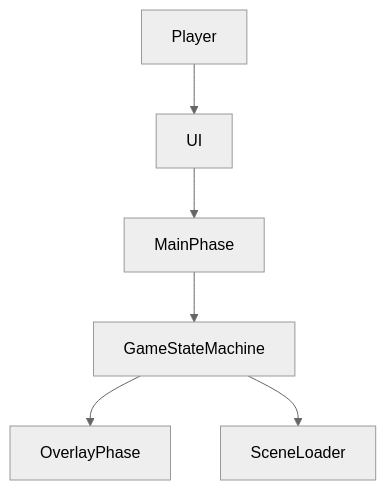
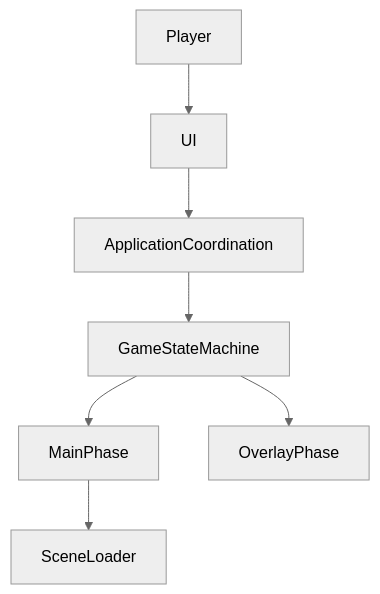
Before and after one commit to chainsawlad-Org/ChainSaw_Leg: the second of 8 diagrams in Docs/Eng/ArchitectureAtlas/13_ArchitectureOverview.md, drawn with Mermaid (neutral theme). The commit also changed other lines of this file and 29 other files, not shown here.

````diff
--- a/Docs/Eng/ArchitectureAtlas/13_ArchitectureOverview.md
+++ b/Docs/Eng/ArchitectureAtlas/13_ArchitectureOverview.md
@@ -100,25 +106,29 @@
 ```mermaid
 flowchart TD
 
 Player
 
 UI
+
+ApplicationCoordination
 
 GameStateMachine
 
 MainPhase
 
 OverlayPhase
 
 SceneLoader
 
 Player --> UI
 
-UI --> MainPhase
+UI --> ApplicationCoordination
 
-MainPhase --> GameStateMachine
+ApplicationCoordination --> GameStateMachine
 
 GameStateMachine --> OverlayPhase
 
-GameStateMachine --> SceneLoader
+GameStateMachine --> MainPhase
+
+MainPhase --> SceneLoader
 ```
````
